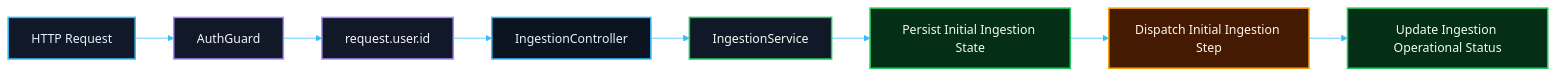
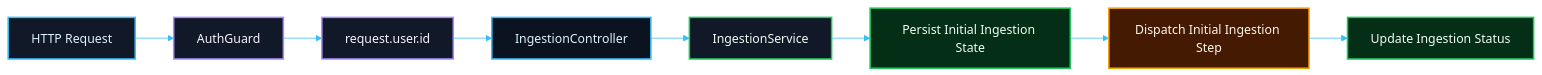
The diagram in PR 10 — Fase 1: Primeiro Despacho Operacional da Ingestion.md (matheusdiamantino-betalent/questions-ai), drawn with Mermaid before and after one commit. The commit also changed other lines of this file, not shown here.

Commit message:
Update PR 10 — Fase 1: Primeiro Despacho Operacional da Ingestion.md

````diff
--- a/PR 10 — Fase 1: Primeiro Despacho Operacional da Ingestion.md
+++ b/PR 10 — Fase 1: Primeiro Despacho Operacional da Ingestion.md
@@ -168,32 +155,32 @@
 ```mermaid
 %%{init: {
   "theme": "base",
   "themeVariables": {
     "background": "#0b1020",
     "primaryColor": "#111827",
     "primaryTextColor": "#e5f0ff",
     "primaryBorderColor": "#22d3ee",
     "lineColor": "#38bdf8",
     "secondaryColor": "#0f172a",
     "tertiaryColor": "#111827",
     "fontFamily": "Inter, Segoe UI, Arial",
     "clusterBkg": "#0f172a",
     "clusterBorder": "#334155"
   }
 }}%%
 flowchart LR
     A[HTTP Request]:::http --> B[AuthGuard]:::auth
     B --> C[request.user.id]:::auth
     C --> D[IngestionController]:::controller
     D --> E[IngestionService]:::service
     E --> F[Persist Initial Ingestion State]:::database
     F --> G[Dispatch Initial Ingestion Step]:::redis
-    G --> H[Update Ingestion Operational Status]:::database
+    G --> H[Update Ingestion Status]:::database
 
     classDef http fill:#111827,stroke:#38bdf8,color:#e0f2fe,stroke-width:2px;
     classDef auth fill:#111827,stroke:#a78bfa,color:#f5f3ff,stroke-width:2px;
     classDef controller fill:#0b1220,stroke:#38bdf8,color:#e0f2fe,stroke-width:2px;
     classDef service fill:#111827,stroke:#22c55e,color:#ecfdf5,stroke-width:2px;
     classDef database fill:#052e16,stroke:#22c55e,color:#f0fdf4,stroke-width:2px;
     classDef redis fill:#451a03,stroke:#f59e0b,color:#fff7ed,stroke-width:2px;
 ```
````
